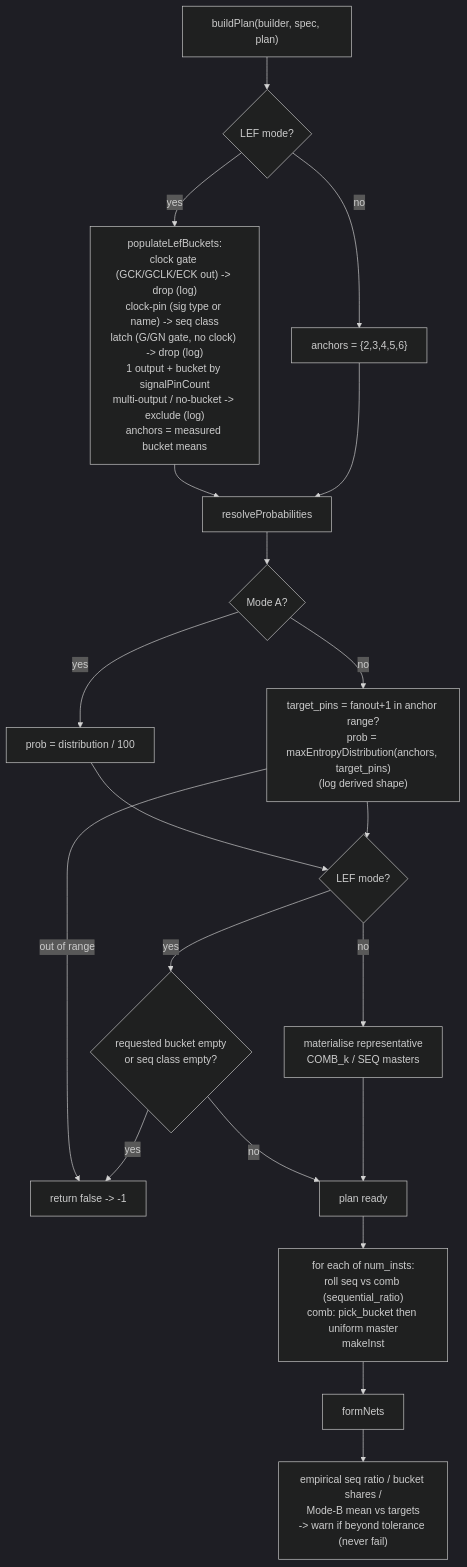
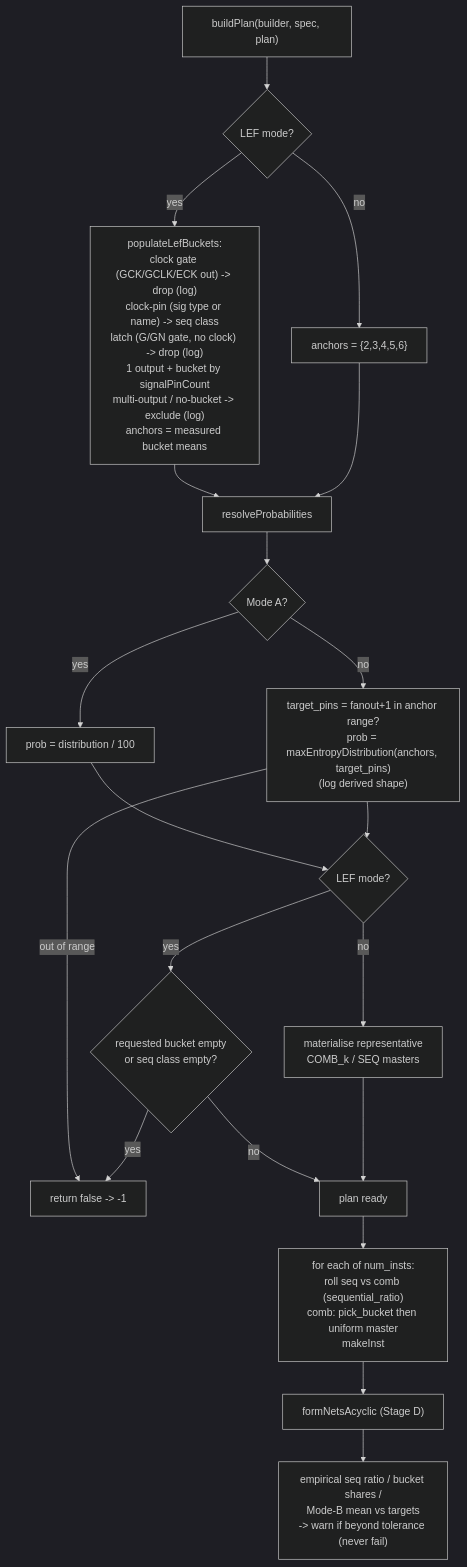
Before and after one commit to rfive88/eda-lab: the fifth of 12 diagrams in src/engines/netlistgen/FLOW.md, drawn with Mermaid (dark theme). The commit also changed other lines of this file and 12 other files, not shown here.

````diff
--- a/src/engines/netlistgen/FLOW.md
+++ b/src/engines/netlistgen/FLOW.md
@@ -153,23 +162,23 @@
 ```mermaid
 graph TD
   bp["buildPlan(builder, spec, plan)"] --> lm{"LEF mode?"}
   lm -->|yes| pop["populateLefBuckets:<br/>clock gate (GCK/GCLK/ECK out) -> drop (log)<br/>clock-pin (sig type or name) -> seq class<br/>latch (G/GN gate, no clock) -> drop (log)<br/>1 output + bucket by signalPinCount<br/>multi-output / no-bucket -> exclude (log)<br/>anchors = measured bucket means"]
   lm -->|no| anc["anchors = {2,3,4,5,6}"]
   pop --> rp
   anc --> rp["resolveProbabilities"]
   rp --> modeA{"Mode A?"}
   modeA -->|yes| dist["prob = distribution / 100"]
   modeA -->|no| maxe["target_pins = fanout+1 in anchor range?<br/>prob = maxEntropyDistribution(anchors, target_pins)<br/>(log derived shape)"]
   maxe -->|out of range| r2["return false -> -1"]
   dist --> chk
   maxe --> chk{"LEF mode?"}
   chk -->|yes| empty{"requested bucket empty<br/>or seq class empty?"}
   empty -->|yes| r2
   empty -->|no| okplan
   chk -->|no| reps["materialise representative<br/>COMB_k / SEQ masters"]
   reps --> okplan[plan ready]
 
   okplan --> gen["for each of num_insts:<br/>roll seq vs comb (sequential_ratio)<br/>comb: pick_bucket then uniform master<br/>makeInst"]
-  gen --> fn2["formNets"]
+  gen --> fn2["formNetsAcyclic (Stage D)"]
   fn2 --> tol["empirical seq ratio / bucket shares /<br/>Mode-B mean vs targets<br/>-> warn if beyond tolerance (never fail)"]
 ```
````
